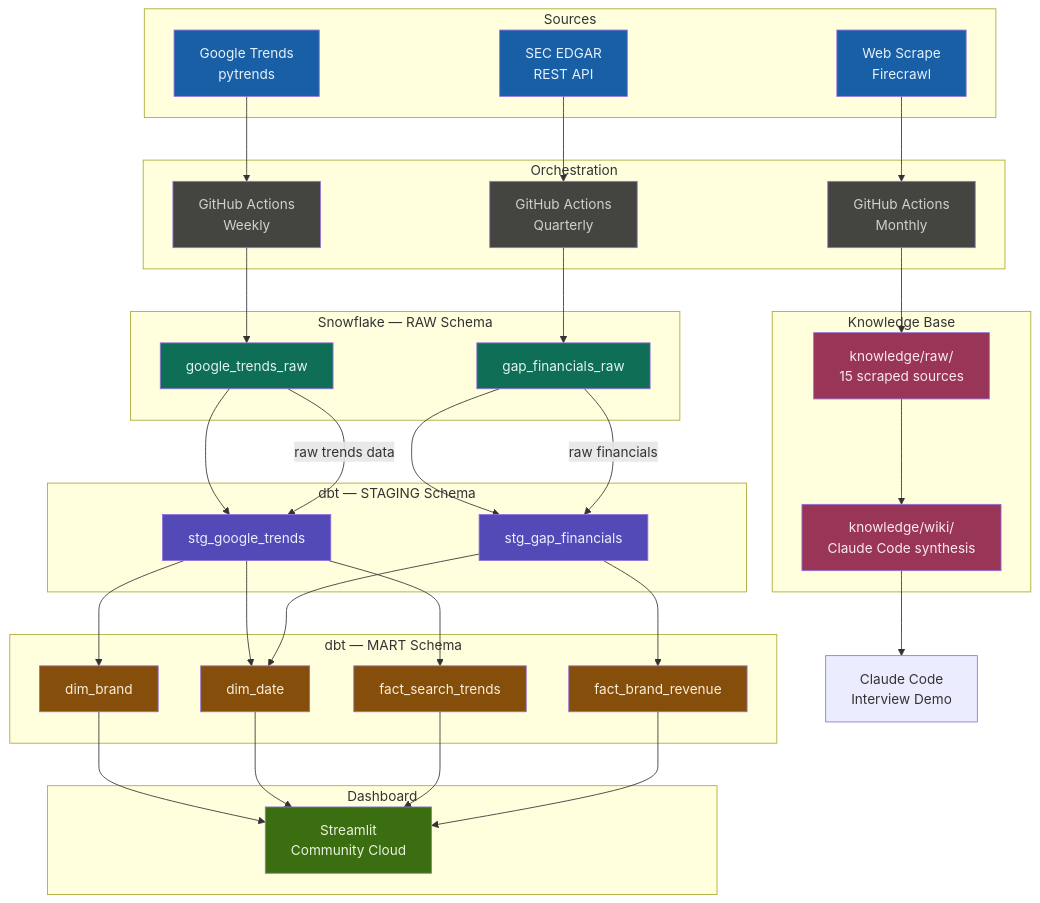
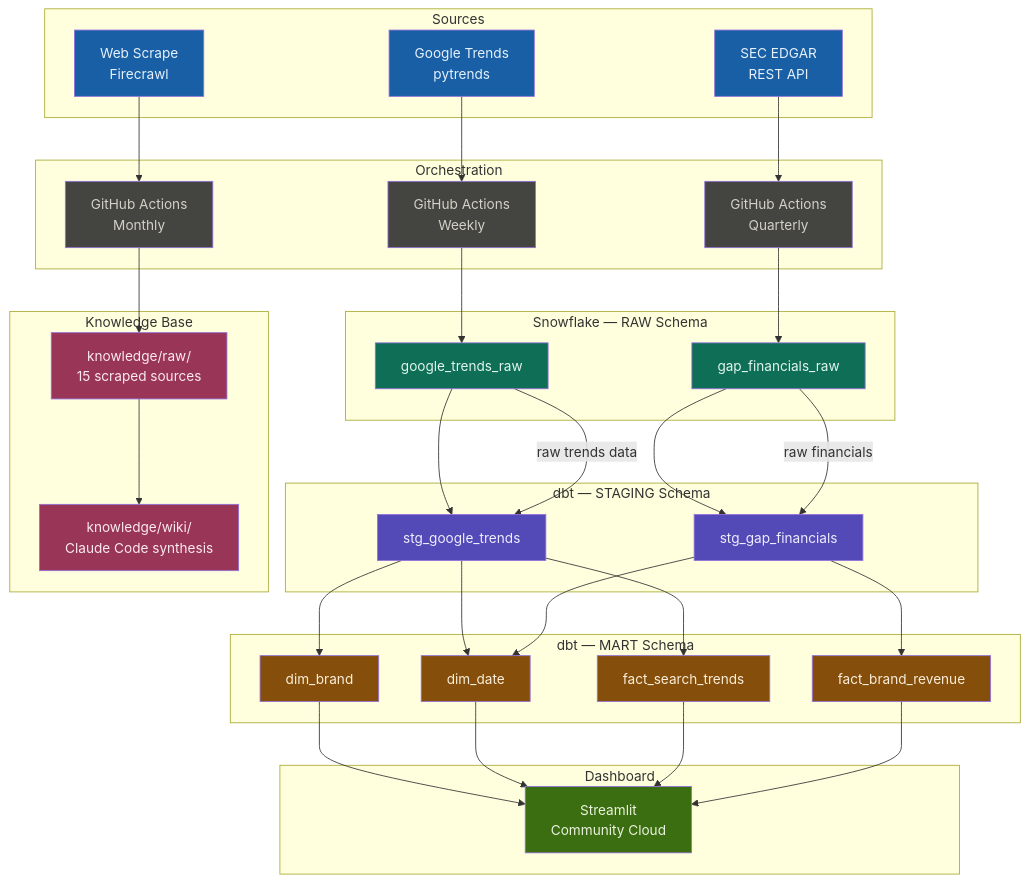
The diagram in README.md (nquek/analyst-media-analyst), drawn with Mermaid before and after one commit.

````diff
--- a/README.md
+++ b/README.md
@@ -37,70 +37,69 @@
 ```mermaid
 flowchart TB
     subgraph Sources
         A[Google Trends\npytrends]
         B[SEC EDGAR\nREST API]
         C[Web Scrape\nFirecrawl]
     end
 
     subgraph Orchestration
         D[GitHub Actions\nWeekly]
         E[GitHub Actions\nQuarterly]
         F[GitHub Actions\nMonthly]
     end
 
     subgraph Snowflake_Raw [Snowflake — RAW Schema]
         G[google_trends_raw]
         H[gap_financials_raw]
     end
 
     subgraph dbt_Staging [dbt — STAGING Schema]
         I[stg_google_trends]
         J[stg_gap_financials]
     end
 
     subgraph dbt_Mart [dbt — MART Schema]
         K[dim_brand]
         L[dim_date]
         M[fact_search_trends]
         N[fact_brand_revenue]
     end
 
     subgraph Dashboard
         O[Streamlit\nCommunity Cloud]
     end
 
     subgraph KnowledgeBase [Knowledge Base]
         P[knowledge/raw/\n15 scraped sources]
         Q[knowledge/wiki/\nClaude Code synthesis]
     end
 
     A --> D --> G
     B --> E --> H
     C --> F --> P
     G --> I
     H --> J
     I --> K & L & M
     J --> L & N
     K & L & M & N --> O
     P --> Q
-Q --> R[Claude Code\nInterview Demo]
 G --> |raw trends data| I
 H --> |raw financials| J
 style A fill:#185FA5,color:#E6F1FB
 style B fill:#185FA5,color:#E6F1FB
 style C fill:#185FA5,color:#E6F1FB
 style D fill:#444441,color:#D3D1C7
 style E fill:#444441,color:#D3D1C7
 style F fill:#444441,color:#D3D1C7
 style G fill:#0F6E56,color:#E1F5EE
 style H fill:#0F6E56,color:#E1F5EE
 style I fill:#534AB7,color:#EEEDFE
 style J fill:#534AB7,color:#EEEDFE
 style K fill:#854F0B,color:#FAEEDA
 style L fill:#854F0B,color:#FAEEDA
 style M fill:#854F0B,color:#FAEEDA
 style N fill:#854F0B,color:#FAEEDA
 style O fill:#3B6D11,color:#EAF3DE
 style P fill:#993556,color:#FBEAF0
 style Q fill:#993556,color:#FBEAF0
 ```
````
